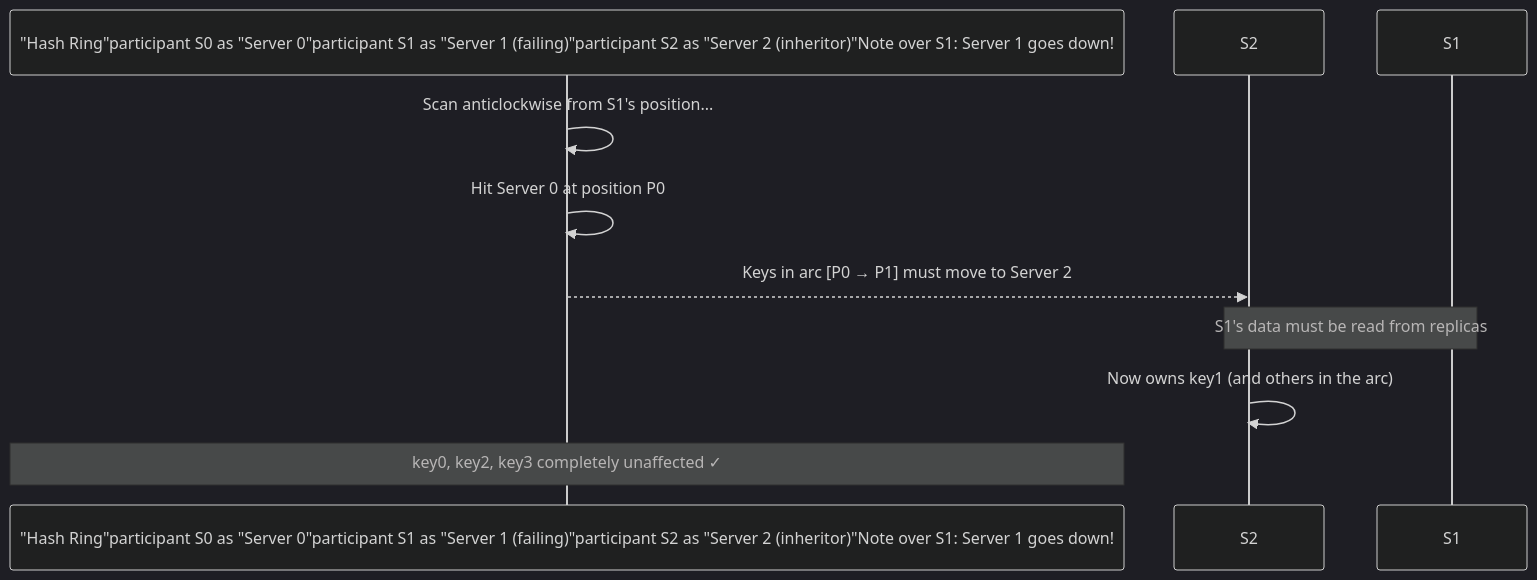
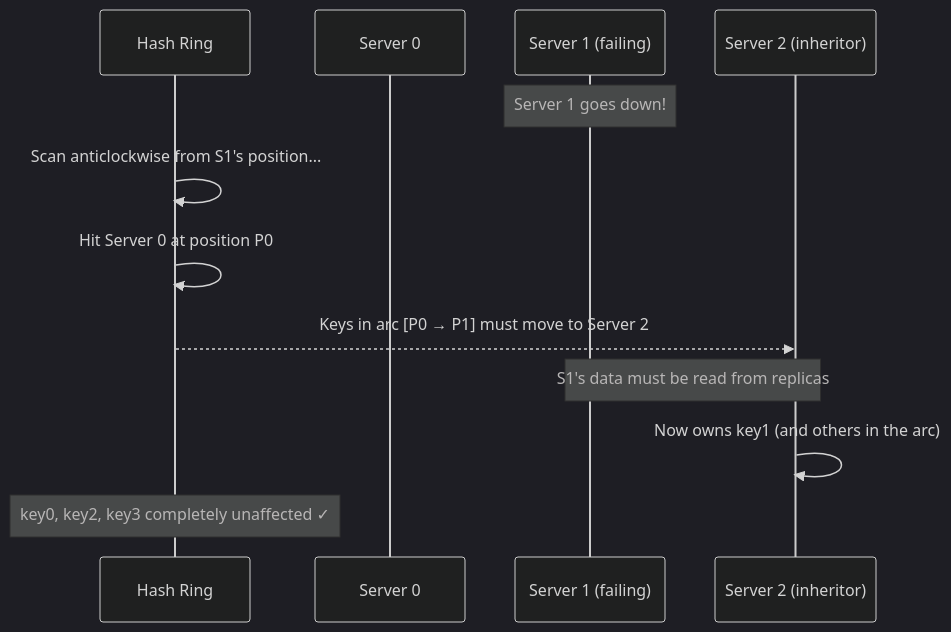
One commit to devops-monk/system-design-blog changed diagram 15 of 23 in content/posts/2026/design-consistent-hashing.md. Above: the diagram before and after it, drawn with Mermaid (dark theme). The commit also changed other lines of this file and 4 other files, not shown here.

First line of the commit message:
fix(diagrams): repair mermaid blocks broken by the emoji strip

````diff
--- a/content/posts/2026/design-consistent-hashing.md
+++ b/content/posts/2026/design-consistent-hashing.md
@@ -529,11 +534,15 @@
 ```mermaid
 sequenceDiagram
-    participant Ring as "Hash Ring"participant S0 as "Server 0"participant S1 as "Server 1 (failing)"participant S2 as "Server 2 (inheritor)"Note over S1: Server 1 goes down!
+    participant Ring as Hash Ring
+    participant S0 as Server 0
+    participant S1 as Server 1 (failing)
+    participant S2 as Server 2 (inheritor)
+    Note over S1: Server 1 goes down!
     Ring->>Ring: Scan anticlockwise from S1's position...
     Ring->>Ring: Hit Server 0 at position P0
     Ring-->>S2: Keys in arc [P0 → P1] must move to Server 2
 
     Note over S1,S2: S1's data must be read from replicas
     S2->>S2: Now owns key1 (and others in the arc)
     Note over Ring: key0, key2, key3 completely unaffected ✓
 ```
````
